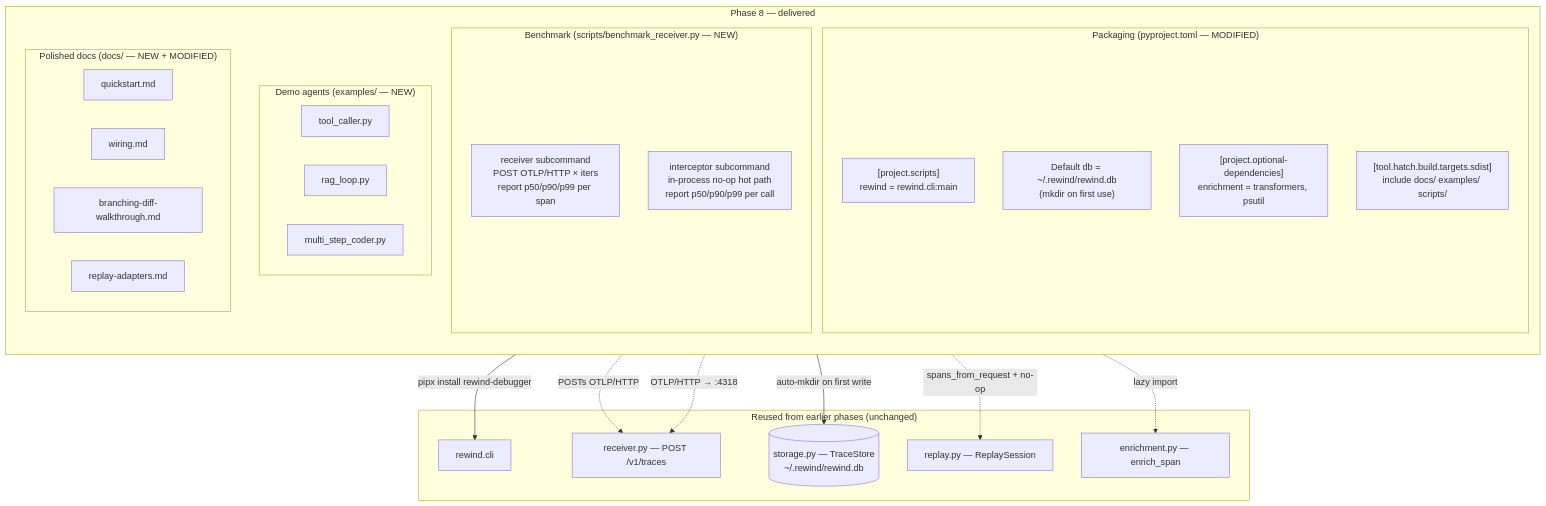
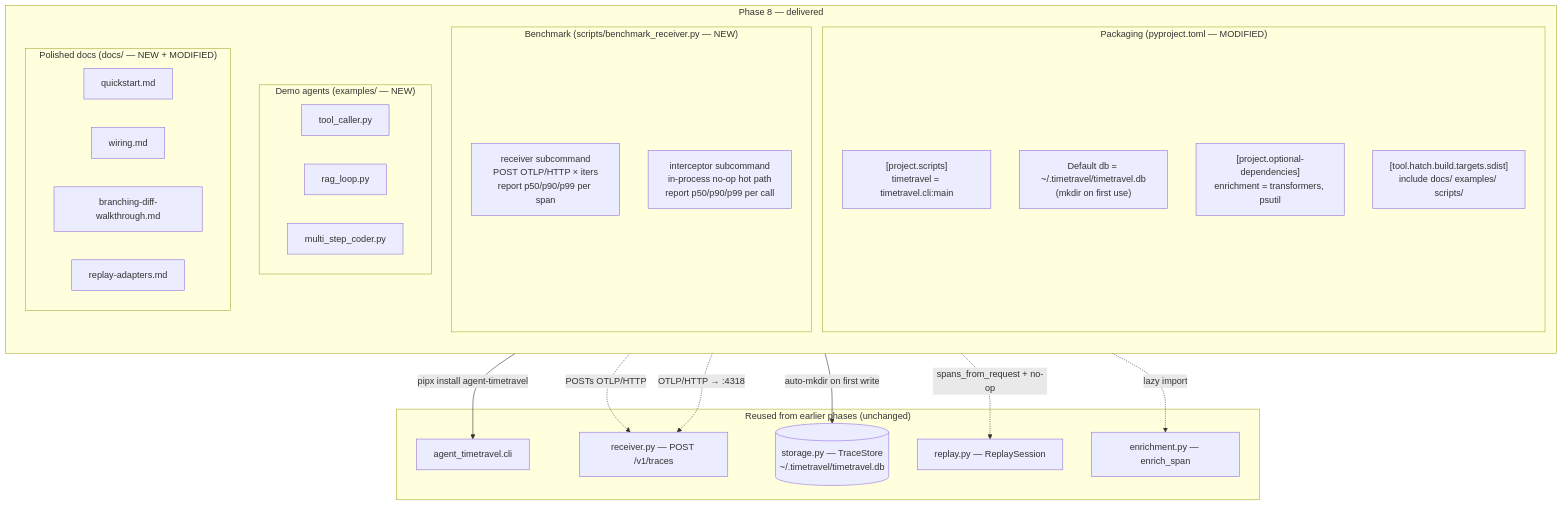
One commit to akshay-mp/Rewind changed the first of 4 diagrams in docs/phases/phase-8.md. Above: the diagram before and after it, drawn with Mermaid. The commit also changed other lines of this file and 244 other files, not shown here.

First line of the commit message:
Rebrand to agent-timetravel

````diff
--- a/docs/phases/phase-8.md
+++ b/docs/phases/phase-8.md
@@ -112,41 +112,41 @@
 ```mermaid
 flowchart TB
     subgraph P8["Phase 8 — delivered"]
         direction TB
         subgraph Packaging["Packaging (pyproject.toml — MODIFIED)"]
-            Scripts["[project.scripts]<br/>rewind = rewind.cli:main"]
-            DefaultDB["Default db = ~/.rewind/rewind.db<br/>(mkdir on first use)"]
+            Scripts["[project.scripts]<br/>timetravel = timetravel.cli:main"]
+            DefaultDB["Default db = ~/.timetravel/timetravel.db<br/>(mkdir on first use)"]
             Extras["[project.optional-dependencies]<br/>enrichment = transformers, psutil"]
             Sdist["[tool.hatch.build.targets.sdist]<br/>include docs/ examples/ scripts/"]
         end
         subgraph Bench["Benchmark (scripts/benchmark_receiver.py — NEW)"]
             RecvBench["receiver subcommand<br/>POST OTLP/HTTP × iters<br/>report p50/p90/p99 per span"]
             IntcBench["interceptor subcommand<br/>in-process no-op hot path<br/>report p50/p90/p99 per call"]
         end
         subgraph Examples["Demo agents (examples/ — NEW)"]
             direction LR
             Tool["tool_caller.py"]
             Rag["rag_loop.py"]
             Coder["multi_step_coder.py"]
         end
         subgraph Docs["Polished docs (docs/ — NEW + MODIFIED)"]
             Quick["quickstart.md"]
             Wiring["wiring.md"]
             Branch["branching-diff-walkthrough.md"]
             Adapters["replay-adapters.md"]
         end
     end
     subgraph Reused["Reused from earlier phases (unchanged)"]
-        CLI["rewind.cli"]
+        CLI["agent_timetravel.cli"]
         Receiver["receiver.py — POST /v1/traces"]
-        Store[("storage.py — TraceStore<br/>~/.rewind/rewind.db")]
+        Store[("storage.py — TraceStore<br/>~/.timetravel/timetravel.db")]
         Engine["replay.py — ReplaySession"]
         Enrich["enrichment.py — enrich_span"]
     end
-    Scripts -->|"pipx install rewind-debugger"| CLI
+    Scripts -->|"pipx install agent-timetravel"| CLI
     DefaultDB -->|"auto-mkdir on first write"| Store
     Extras -.->|"lazy import"| Enrich
     RecvBench -.->|"POSTs OTLP/HTTP"| Receiver
     IntcBench -.->|"spans_from_request + no-op"| Engine
     Examples -.->|"OTLP/HTTP → :4318"| Receiver
 ```
````
